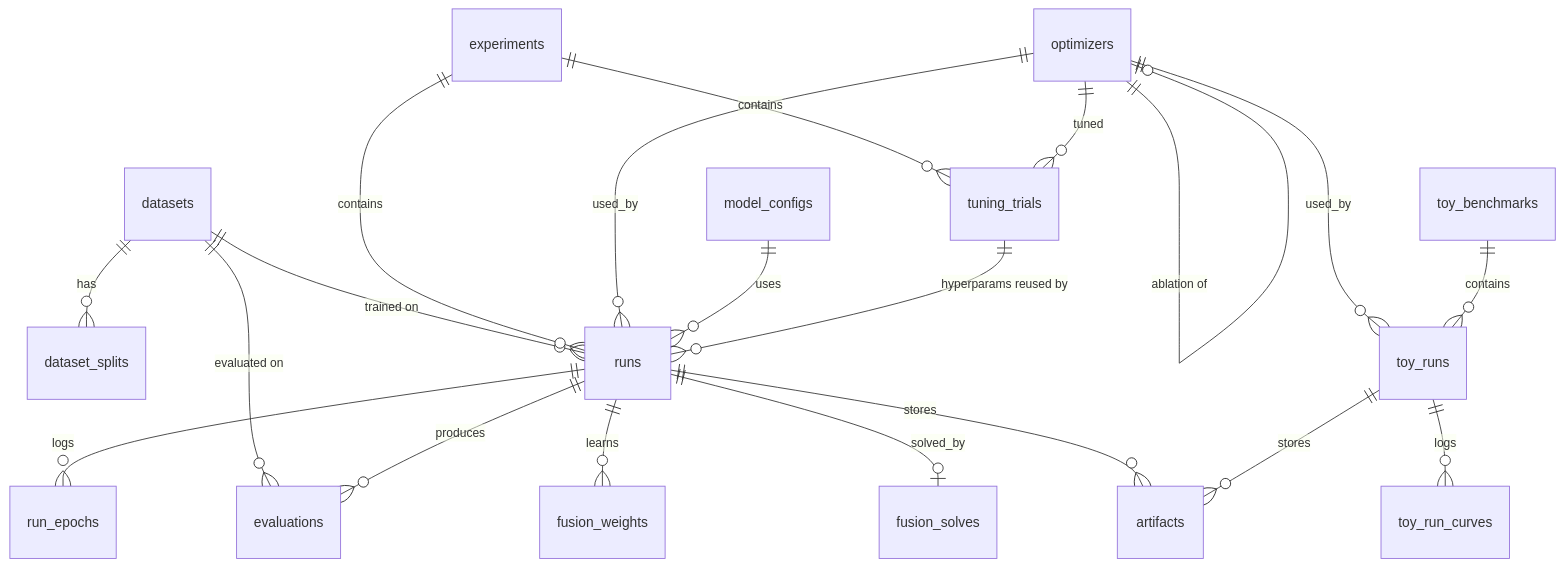
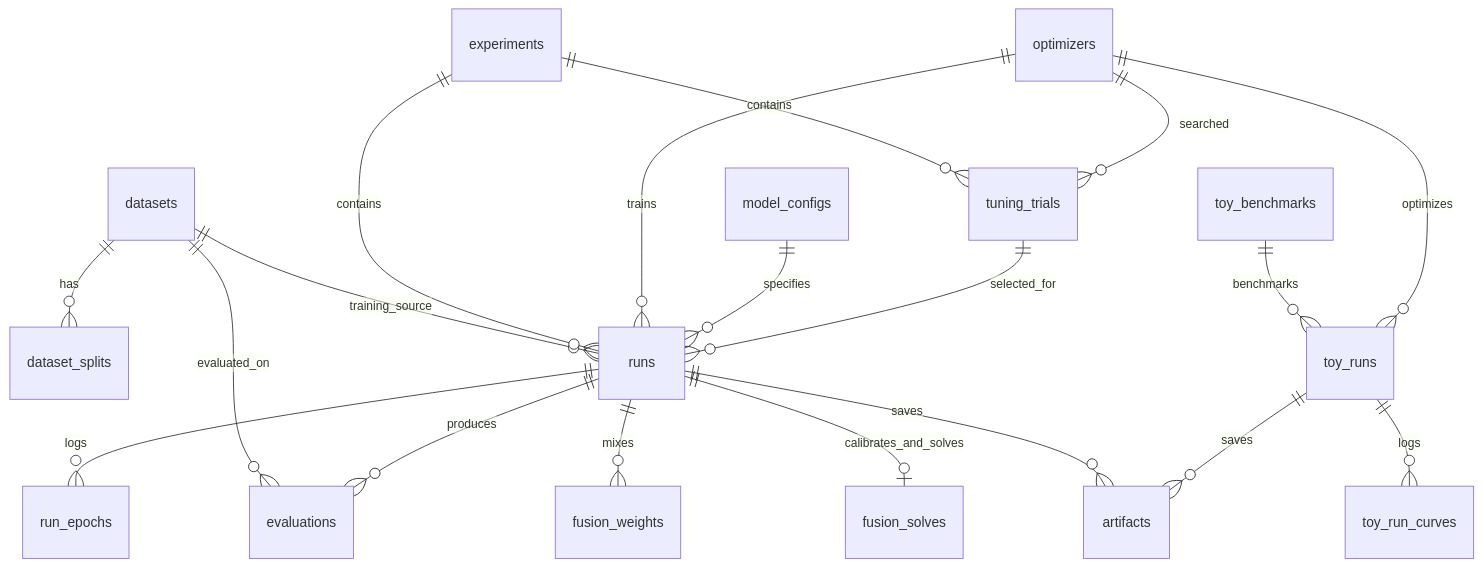
Before and after one commit to Aahan0605/cmai-project-: the third of 3 diagrams in docs/ARCHITECTURE.md, drawn with Mermaid. The commit also changed other lines of this file and 790 other files, not shown here.

Commit message:
Improve backend reliability, complete dashboard, and document architecture

````diff
--- a/docs/ARCHITECTURE.md
+++ b/docs/ARCHITECTURE.md
@@ -134,22 +150,21 @@
 ```mermaid
 erDiagram
     datasets ||--o{ dataset_splits : has
-    datasets ||--o{ runs : "trained on"
-    datasets ||--o{ evaluations : "evaluated on"
+    datasets ||--o{ runs : training_source
+    datasets ||--o{ evaluations : evaluated_on
+    experiments ||--o{ tuning_trials : contains
     experiments ||--o{ runs : contains
-    experiments ||--o{ tuning_trials : contains
-    optimizers ||--o{ runs : used_by
-    optimizers ||--o{ tuning_trials : tuned
-    optimizers ||--o{ toy_runs : used_by
-    optimizers ||--o| optimizers : "ablation of"
-    model_configs ||--o{ runs : uses
-    tuning_trials ||--o{ runs : "hyperparams reused by"
+    optimizers ||--o{ tuning_trials : searched
+    optimizers ||--o{ runs : trains
+    model_configs ||--o{ runs : specifies
+    tuning_trials ||--o{ runs : selected_for
     runs ||--o{ run_epochs : logs
     runs ||--o{ evaluations : produces
-    runs ||--o{ fusion_weights : learns
-    runs ||--o| fusion_solves : solved_by
-    runs ||--o{ artifacts : stores
-    toy_benchmarks ||--o{ toy_runs : contains
+    runs ||--o{ fusion_weights : mixes
+    runs ||--o| fusion_solves : calibrates_and_solves
+    runs ||--o{ artifacts : saves
+    toy_benchmarks ||--o{ toy_runs : benchmarks
+    optimizers ||--o{ toy_runs : optimizes
     toy_runs ||--o{ toy_run_curves : logs
-    toy_runs ||--o{ artifacts : stores
+    toy_runs ||--o{ artifacts : saves
 ```
````
